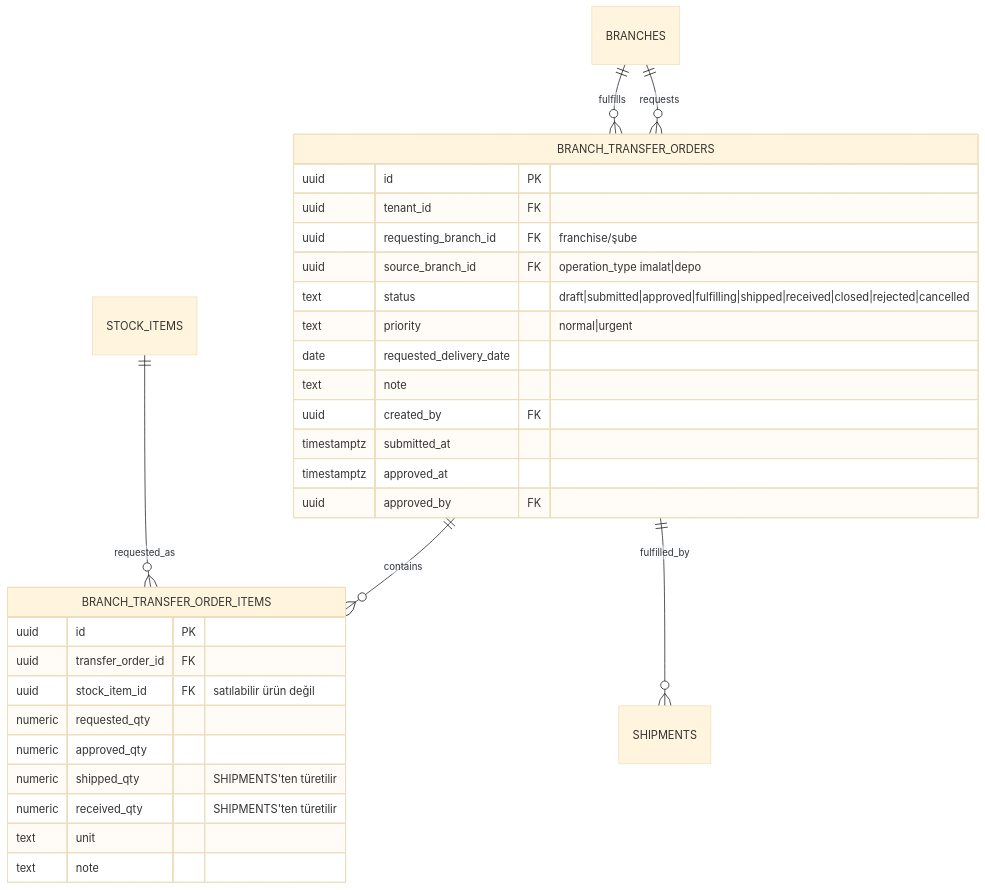
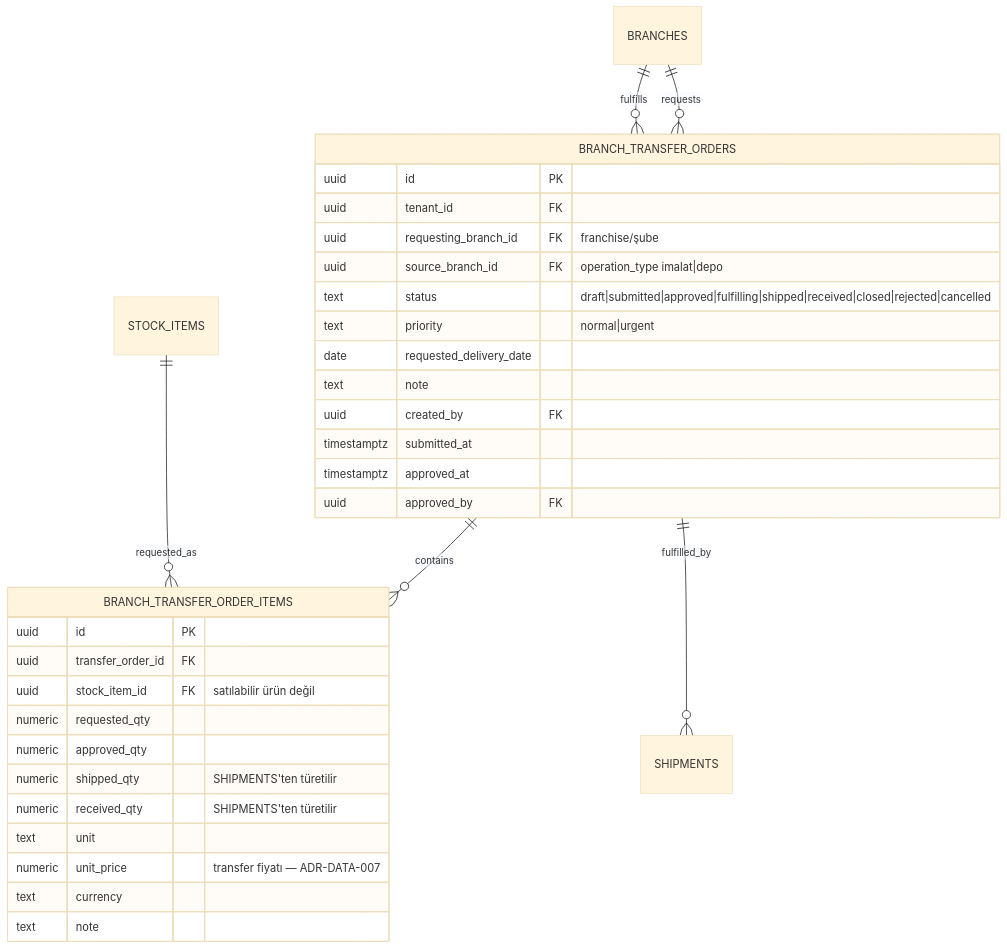
One commit to alpercogurcu/onlinemenu.tr changed the third of 4 diagrams in docs/db-schema.md. Above: the diagram before and after it, drawn with Mermaid (base theme). The commit also changed other lines of this file and 4 other files, not shown here.

Commit message:
docs(adr): DATA-007 tedarik politikası — şube-yerel maliyet ve görünürlük modeli

````diff
--- a/docs/db-schema.md
+++ b/docs/db-schema.md
@@ -598,36 +598,38 @@
 ```mermaid
 erDiagram
 
     BRANCHES ||--o{ BRANCH_TRANSFER_ORDERS : "requests"
     BRANCHES ||--o{ BRANCH_TRANSFER_ORDERS : "fulfills"
     BRANCH_TRANSFER_ORDERS ||--o{ BRANCH_TRANSFER_ORDER_ITEMS : "contains"
     STOCK_ITEMS ||--o{ BRANCH_TRANSFER_ORDER_ITEMS : "requested_as"
     BRANCH_TRANSFER_ORDERS ||--o{ SHIPMENTS : "fulfilled_by"
 
     BRANCH_TRANSFER_ORDERS {
         uuid id PK
         uuid tenant_id FK
         uuid requesting_branch_id FK "franchise/şube"
         uuid source_branch_id FK "operation_type imalat|depo"
         text status "draft|submitted|approved|fulfilling|shipped|received|closed|rejected|cancelled"
         text priority "normal|urgent"
         date requested_delivery_date
         text note
         uuid created_by FK
         timestamptz submitted_at
         timestamptz approved_at
         uuid approved_by FK
     }
 
     BRANCH_TRANSFER_ORDER_ITEMS {
         uuid id PK
         uuid transfer_order_id FK
         uuid stock_item_id FK "satılabilir ürün değil"
         numeric requested_qty
         numeric approved_qty
         numeric shipped_qty "SHIPMENTS'ten türetilir"
         numeric received_qty "SHIPMENTS'ten türetilir"
         text unit
+        numeric unit_price "transfer fiyatı — ADR-DATA-007"
+        text currency
         text note
     }
 ```
````
